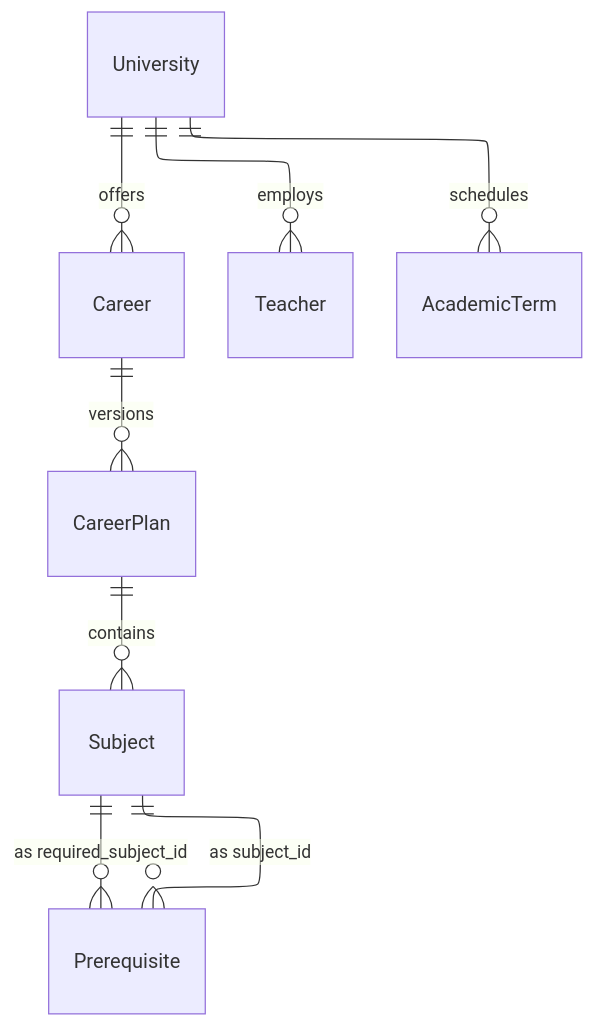
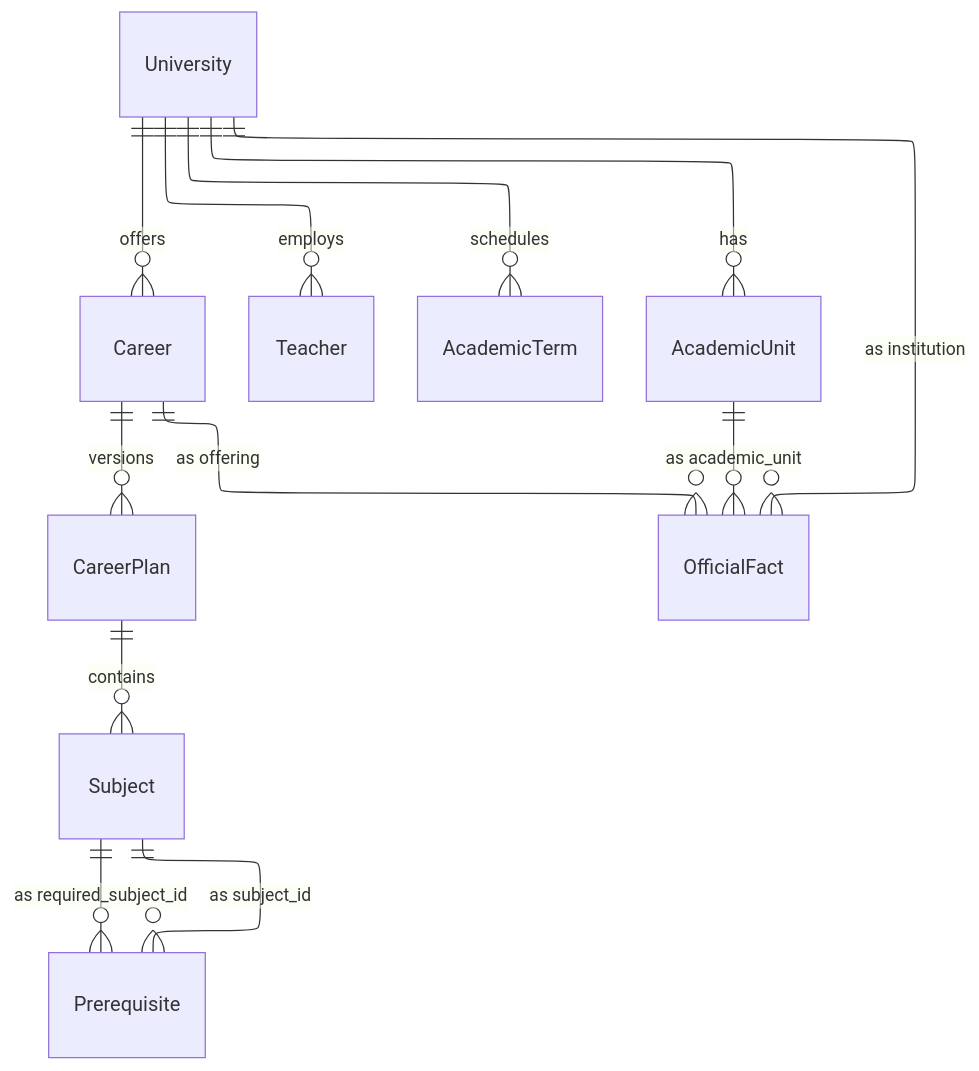
The third of 3 diagrams in docs/engineering/data-model.md (lucasidev/plan-b), drawn with Mermaid before and after one commit. The commit also changed other lines of this file and 40 other files, not shown here.

First line of the commit message:
feat(academic): an official datum is a dated claim with its source

````diff
--- a/docs/engineering/data-model.md
+++ b/docs/engineering/data-model.md
@@ -190,14 +195,19 @@
 ```mermaid
 ---
 config:
     layout: elk
 ---
 erDiagram
     University ||--o{ Career : offers
     University ||--o{ Teacher : employs
     University ||--o{ AcademicTerm : schedules
+    University ||--o{ AcademicUnit : has
     Career ||--o{ CareerPlan : versions
     CareerPlan ||--o{ Subject : contains
     Subject ||--o{ Prerequisite : "as subject_id"
     Subject ||--o{ Prerequisite : "as required_subject_id"
+
+    University ||--o{ OfficialFact : "as institution"
+    AcademicUnit ||--o{ OfficialFact : "as academic_unit"
+    Career ||--o{ OfficialFact : "as offering"
 ```
````
